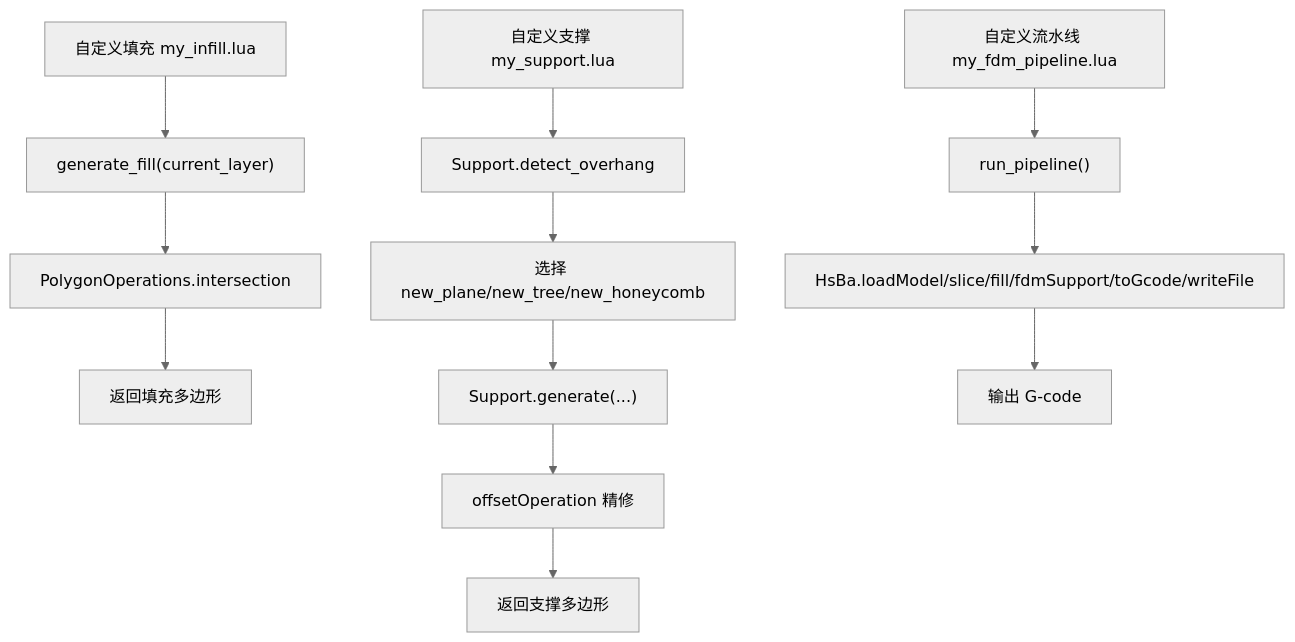
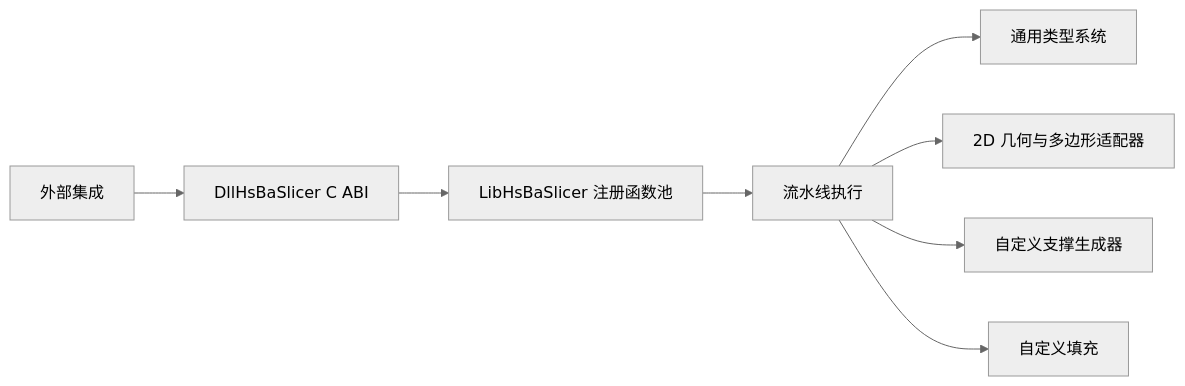
Before and after one commit to hsmbanlance/HsBaSlicer: the ninth of 9 diagrams in .qoder/repowiki/zh/content/Lua 脚本系统/Lua 脚本系统.md, drawn with Mermaid (neutral theme). The commit also changed other lines of this file and 1095 other files, not shown here.

````diff
--- a/.qoder/repowiki/zh/content/Lua 脚本系统/Lua 脚本系统.md
+++ b/.qoder/repowiki/zh/content/Lua 脚本系统/Lua 脚本系统.md
@@ -438,14 +407,10 @@
 ```mermaid
-flowchart TD
-Infill["自定义填充 my_infill.lua"] --> GenFill["generate_fill(current_layer)"]
-GenFill --> PO["PolygonOperations.intersection"]
-PO --> ReturnFill["返回填充多边形"]
-Support["自定义支撑 my_support.lua"] --> Detect["Support.detect_overhang"]
-Detect --> Select["选择 new_plane/new_tree/new_honeycomb"]
-Select --> Generate["Support.generate(...)"]
-Generate --> Refine["offsetOperation 精修"]
-Refine --> ReturnSupport["返回支撑多边形"]
-Pipeline["自定义流水线 my_fdm_pipeline.lua"] --> Run["run_pipeline()"]
-Run --> HsBa["HsBa.loadModel/slice/fill/fdmSupport/toGcode/writeFile"]
-HsBa --> Output["输出 G-code"]
+graph LR
+External["外部集成"] --> CABI["DllHsBaSlicer C ABI"]
+CABI --> Pools["LibHsBaSlicer 注册函数池"]
+Pools --> Pipeline["流水线执行"]
+Pipeline --> Types["通用类型系统"]
+Pipeline --> Geo["2D 几何与多边形适配器"]
+Pipeline --> Support["自定义支撑生成器"]
+Pipeline --> Fill["自定义填充"]
 ```
````
